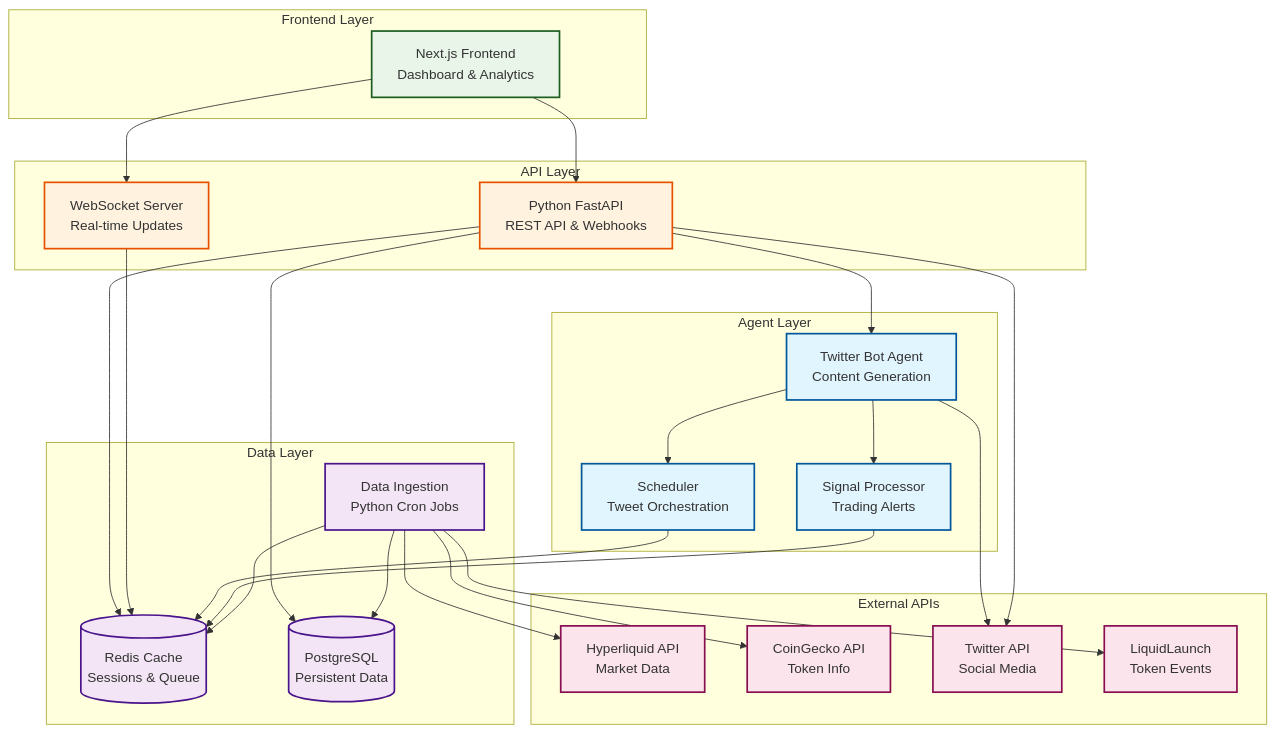
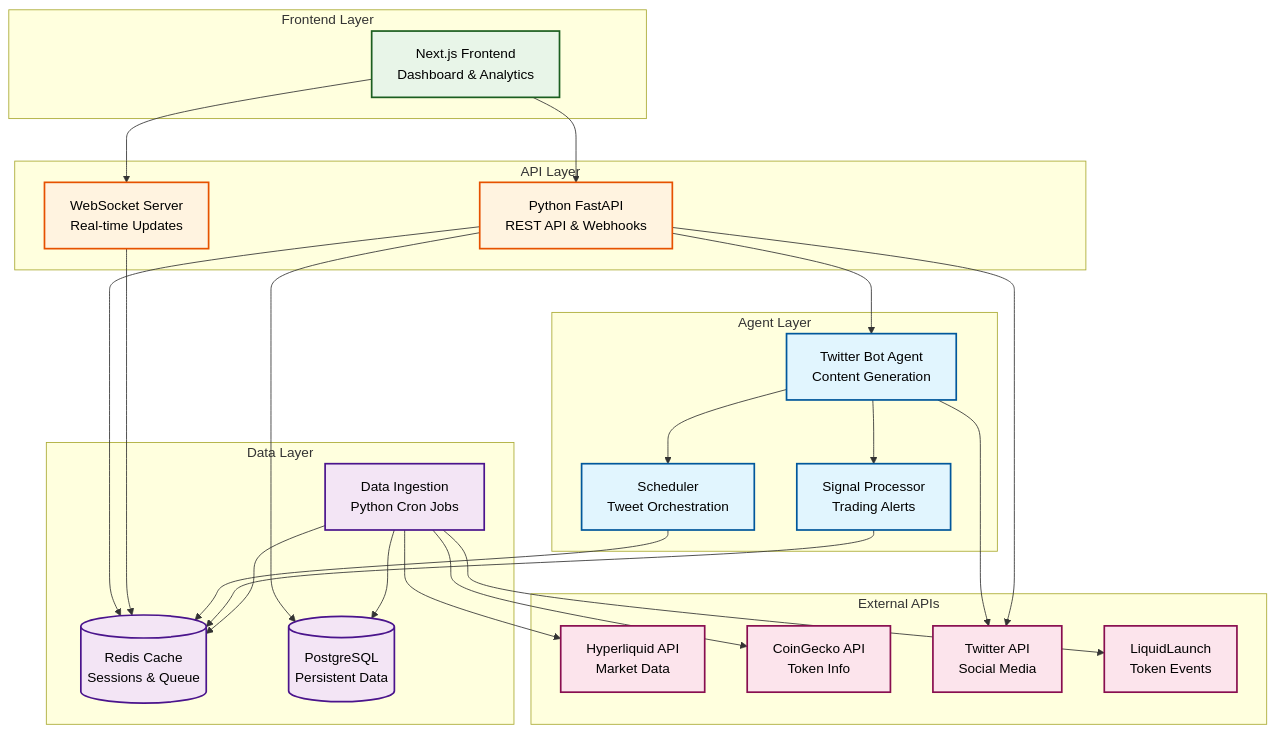
One commit to hypexbt/hypexbt changed the diagram in README.md. Above: the diagram before and after it, drawn with Mermaid.

Commit message:
font color

````diff
--- a/README.md
+++ b/README.md
@@ -16,63 +16,63 @@
 ```mermaid
 graph TB
     subgraph "Frontend Layer"
         FE[Next.js Frontend<br/>Dashboard & Analytics]
     end
 
     subgraph "API Layer"
         API[Python FastAPI<br/>REST API & Webhooks]
         WS[WebSocket Server<br/>Real-time Updates]
     end
 
     subgraph "Agent Layer"
         BOT[Twitter Bot Agent<br/>Content Generation]
         SCHED[Scheduler<br/>Tweet Orchestration]
         SIGNAL[Signal Processor<br/>Trading Alerts]
     end
 
     subgraph "Data Layer"
         CRON[Data Ingestion<br/>Python Cron Jobs]
         REDIS[(Redis Cache<br/>Sessions & Queue)]
         PG[(PostgreSQL<br/>Persistent Data)]
     end
 
     subgraph "External APIs"
         HL[Hyperliquid API<br/>Market Data]
         CG[CoinGecko API<br/>Token Info]
         TW[Twitter API<br/>Social Media]
         LL[LiquidLaunch<br/>Token Events]
     end
 
     FE --> API
     FE --> WS
     API --> BOT
     API --> REDIS
     API --> PG
     WS --> REDIS
 
     BOT --> SCHED
     BOT --> SIGNAL
     SCHED --> REDIS
     SIGNAL --> REDIS
 
     CRON --> HL
     CRON --> CG
     CRON --> LL
     CRON --> PG
     CRON --> REDIS
 
     BOT --> TW
     API --> TW
 
-    classDef frontend fill:#e8f5e8,stroke:#1b5e20,stroke-width:2px
-    classDef api fill:#fff3e0,stroke:#e65100,stroke-width:2px
-    classDef agent fill:#e1f5fe,stroke:#01579b,stroke-width:2px
-    classDef data fill:#f3e5f5,stroke:#4a148c,stroke-width:2px
-    classDef external fill:#fce4ec,stroke:#880e4f,stroke-width:2px
+    classDef frontend fill:#e8f5e8,stroke:#1b5e20,stroke-width:2px,color:#000
+    classDef api fill:#fff3e0,stroke:#e65100,stroke-width:2px,color:#000
+    classDef agent fill:#e1f5fe,stroke:#01579b,stroke-width:2px,color:#000
+    classDef data fill:#f3e5f5,stroke:#4a148c,stroke-width:2px,color:#000
+    classDef external fill:#fce4ec,stroke:#880e4f,stroke-width:2px,color:#000
 
     class FE frontend
     class API,WS api
     class BOT,SCHED,SIGNAL agent
     class CRON,REDIS,PG data
     class HL,CG,TW,LL external
 ```
````
